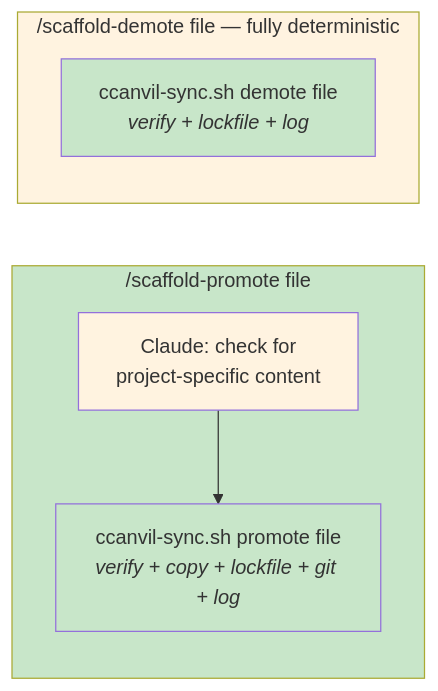
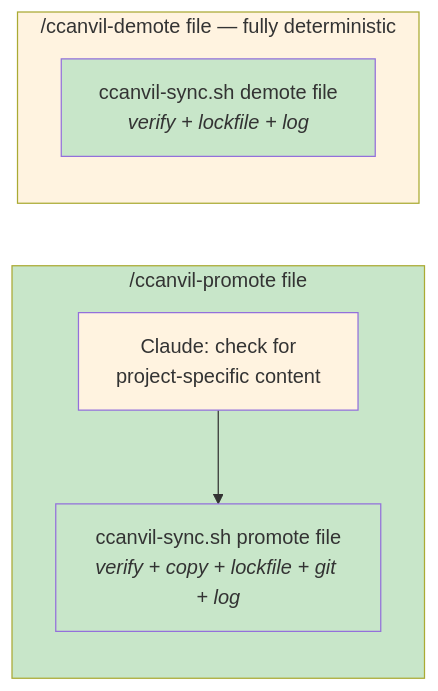
Before and after one commit to goldhaxx/ccanvil: the fifth of 6 diagrams in preset/.ccanvil/guide/scaffold-sync.md, drawn with Mermaid. The commit also changed other lines of this file and 14 other files, not shown here.

````diff
--- a/preset/.ccanvil/guide/scaffold-sync.md
+++ b/preset/.ccanvil/guide/scaffold-sync.md
@@ -236,16 +236,16 @@
 ```mermaid
 flowchart LR
-    subgraph Promote ["/scaffold-promote file"]
+    subgraph Promote ["/ccanvil-promote file"]
         P1["Claude: check for<br/>project-specific content"] --> P2["ccanvil-sync.sh promote file<br/><i>verify + copy + lockfile + git + log</i>"]
     end
 
-    subgraph Demote ["/scaffold-demote file — fully deterministic"]
+    subgraph Demote ["/ccanvil-demote file — fully deterministic"]
         D1["ccanvil-sync.sh demote file<br/><i>verify + lockfile + log</i>"]
     end
 
     style Promote fill:#c8e6c9
     style Demote fill:#fff3e0
     style P1 fill:#fff3e0
     style P2 fill:#c8e6c9
     style D1 fill:#c8e6c9
 ```
````
